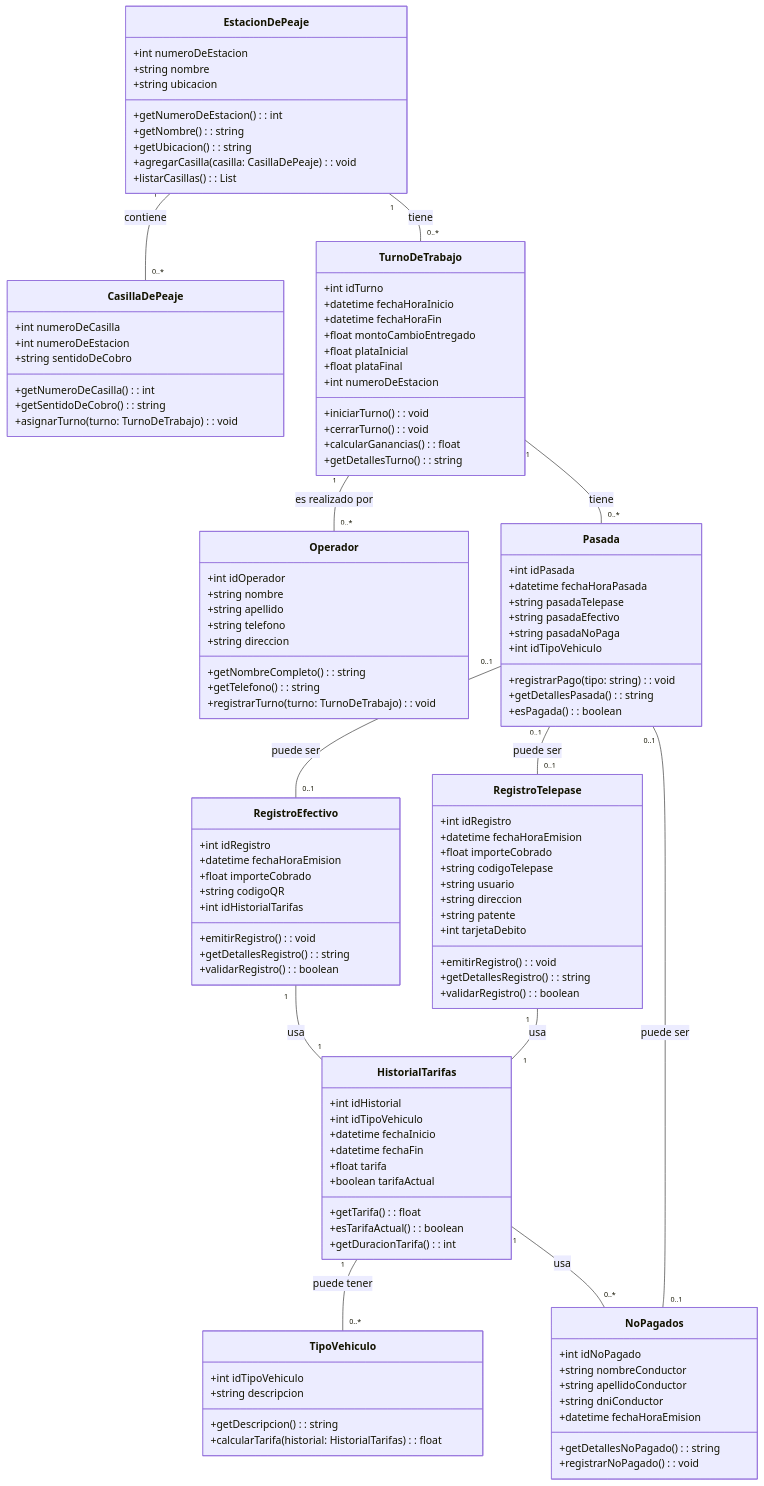
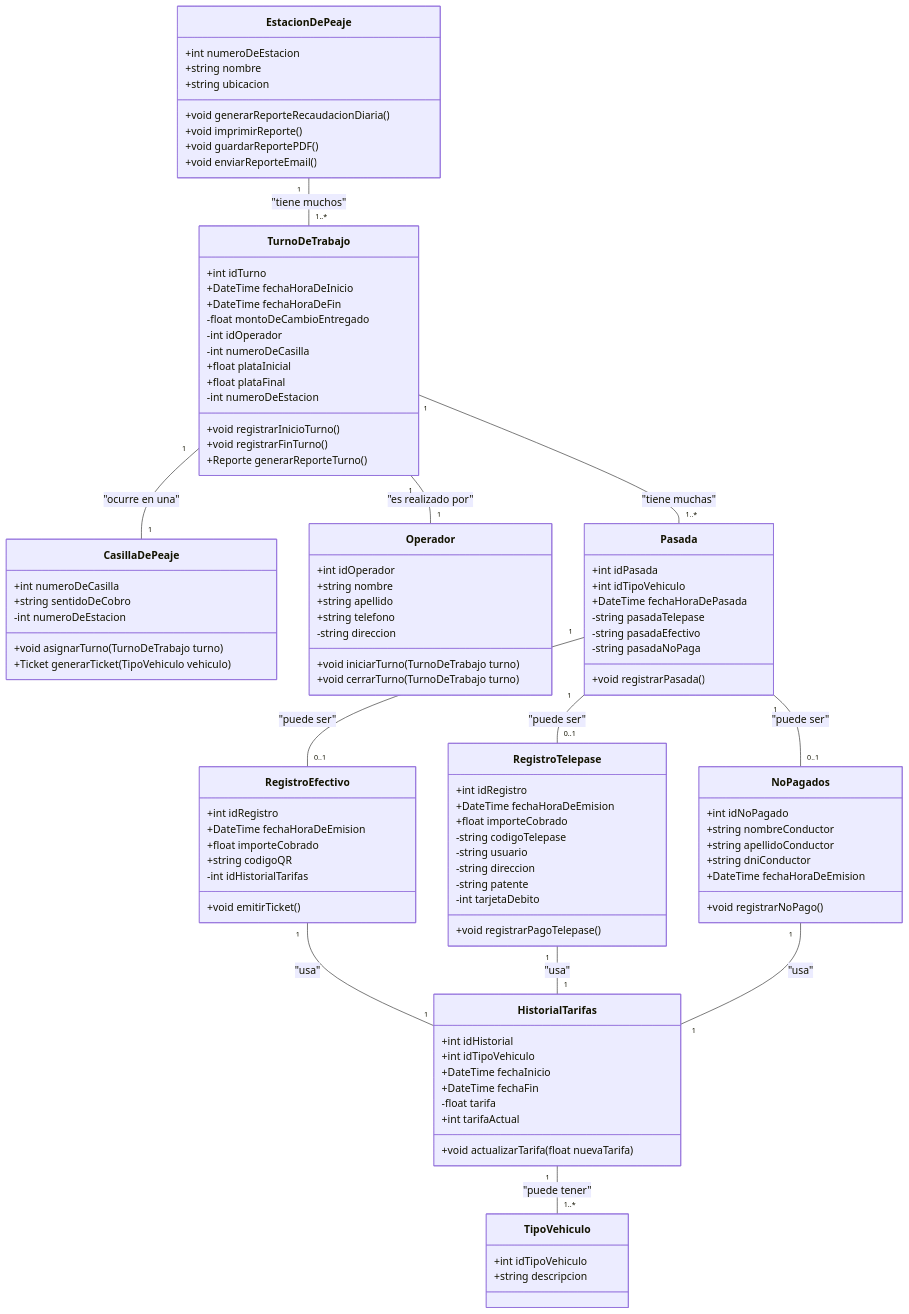
Before and after one commit to SantiagoSalvay/Proyecto_Peaje: the diagram in Diagrama_de_clase/Peaje_Grupo7.mmd, drawn with Mermaid.

Commit message:
actualizaciondiagramadeclase

```diff
--- a/Diagrama_de_clase/Peaje_Grupo7.mmd
+++ b/Diagrama_de_clase/Peaje_Grupo7.mmd
@@ -1,123 +1,119 @@
 classDiagram
     class EstacionDePeaje {
         +int numeroDeEstacion
         +string nombre
         +string ubicacion
-        +getNumeroDeEstacion(): int
-        +getNombre(): string
-        +getUbicacion(): string
-        +agregarCasilla(casilla: CasillaDePeaje): void
-        +listarCasillas(): List<CasillaDePeaje>
-    }
 
-    class TurnoDeTrabajo {
-        +int idTurno
-        +datetime fechaHoraInicio
-        +datetime fechaHoraFin
-        +float montoCambioEntregado
-        +float plataInicial
-        +float plataFinal
-        +int numeroDeEstacion
-        +iniciarTurno(): void
-        +cerrarTurno(): void
-        +calcularGanancias(): float
-        +getDetallesTurno(): string
+        +void generarReporteRecaudacionDiaria()
+        +void imprimirReporte()
+        +void guardarReportePDF()
+        +void enviarReporteEmail()
     }
 
     class CasillaDePeaje {
         +int numeroDeCasilla
-        +int numeroDeEstacion
         +string sentidoDeCobro
-        +getNumeroDeCasilla(): int
-        +getSentidoDeCobro(): string
-        +asignarTurno(turno: TurnoDeTrabajo): void
+        -int numeroDeEstacion
+
+        +void asignarTurno(TurnoDeTrabajo turno)
+        +Ticket generarTicket(TipoVehiculo vehiculo)
     }
 
     class Operador {
         +int idOperador
         +string nombre
         +string apellido
         +string telefono
-        +string direccion
-        +getNombreCompleto(): string
-        +getTelefono(): string
-        +registrarTurno(turno: TurnoDeTrabajo): void
+        -string direccion
+
+        +void iniciarTurno(TurnoDeTrabajo turno)
+        +void cerrarTurno(TurnoDeTrabajo turno)
+    }
+
+    class TurnoDeTrabajo {
+        +int idTurno
+        +DateTime fechaHoraDeInicio
+        +DateTime fechaHoraDeFin
+        -float montoDeCambioEntregado
+        -int idOperador
+        -int numeroDeCasilla
+        +float plataInicial
+        +float plataFinal
+        -int numeroDeEstacion
+
+        +void registrarInicioTurno()
+        +void registrarFinTurno()
+        +Reporte generarReporteTurno()
     }
 
     class Pasada {
         +int idPasada
-        +datetime fechaHoraPasada
-        +string pasadaTelepase
-        +string pasadaEfectivo
-        +string pasadaNoPaga
         +int idTipoVehiculo
-        +registrarPago(tipo: string): void
-        +getDetallesPasada(): string
-        +esPagada(): boolean
+        +DateTime fechaHoraDePasada
+        -string pasadaTelepase
+        -string pasadaEfectivo
+        -string pasadaNoPaga
+
+        +void registrarPasada()
     }
 
     class TipoVehiculo {
         +int idTipoVehiculo
         +string descripcion
-        +getDescripcion(): string
-        +calcularTarifa(historial: HistorialTarifas): float
     }
 
     class HistorialTarifas {
         +int idHistorial
         +int idTipoVehiculo
-        +datetime fechaInicio
-        +datetime fechaFin
-        +float tarifa
-        +boolean tarifaActual
-        +getTarifa(): float
-        +esTarifaActual(): boolean
-        +getDuracionTarifa(): int
+        +DateTime fechaInicio
+        +DateTime fechaFin
+        -float tarifa
+        +int tarifaActual
+
+        +void actualizarTarifa(float nuevaTarifa)
     }
 
     class RegistroEfectivo {
         +int idRegistro
-        +datetime fechaHoraEmision
+        +DateTime fechaHoraDeEmision
         +float importeCobrado
         +string codigoQR
-        +int idHistorialTarifas
-        +emitirRegistro(): void
-        +getDetallesRegistro(): string
-        +validarRegistro(): boolean
+        -int idHistorialTarifas
+
+        +void emitirTicket()
     }
 
     class RegistroTelepase {
         +int idRegistro
-        +datetime fechaHoraEmision
+        +DateTime fechaHoraDeEmision
         +float importeCobrado
-        +string codigoTelepase
-        +string usuario
-        +string direccion
-        +string patente
-        +int tarjetaDebito
-        +emitirRegistro(): void
-        +getDetallesRegistro(): string
-        +validarRegistro(): boolean
+        -string codigoTelepase
+        -string usuario
+        -string direccion
+        -string patente
+        -int tarjetaDebito
+
+        +void registrarPagoTelepase()
     }
 
     class NoPagados {
         +int idNoPagado
         +string nombreConductor
         +string apellidoConductor
         +string dniConductor
-        +datetime fechaHoraEmision
-        +getDetallesNoPagado(): string
-        +registrarNoPagado(): void
+        +DateTime fechaHoraDeEmision
+
+        +void registrarNoPago()
     }
 
-    EstacionDePeaje "1" -- "0..*" CasillaDePeaje : contiene
-    EstacionDePeaje "1" -- "0..*" TurnoDeTrabajo : tiene
-    TurnoDeTrabajo "1" -- "0..*" Operador : es realizado por
-    TurnoDeTrabajo "1" -- "0..*" Pasada : tiene
-    Pasada "0..1" -- "0..1" RegistroEfectivo : puede ser
-    Pasada "0..1" -- "0..1" RegistroTelepase : puede ser
-    Pasada "0..1" -- "0..1" NoPagados : puede ser
-    RegistroEfectivo "1" -- "1" HistorialTarifas : usa
-    RegistroTelepase "1" -- "1" HistorialTarifas : usa
-    HistorialTarifas "1" -- "0..*" TipoVehiculo : puede tener
-    HistorialTarifas "1" -- "0..*" NoPagados : usa
+    EstacionDePeaje "1" -- "1..*" TurnoDeTrabajo : "tiene muchos"
+    TurnoDeTrabajo "1" -- "1" CasillaDePeaje : "ocurre en una"
+    TurnoDeTrabajo "1" -- "1" Operador : "es realizado por"
+    TurnoDeTrabajo "1" -- "1..*" Pasada : "tiene muchas"
+    Pasada "1" -- "0..1" RegistroEfectivo : "puede ser"
+    Pasada "1" -- "0..1" RegistroTelepase : "puede ser"
+    Pasada "1" -- "0..1" NoPagados : "puede ser"
+    RegistroEfectivo "1" -- "1" HistorialTarifas : "usa"
+    RegistroTelepase "1" -- "1" HistorialTarifas : "usa"
+    HistorialTarifas "1" -- "1..*" TipoVehiculo : "puede tener"
+    NoPagados "1" -- "1" HistorialTarifas : "usa"
```
